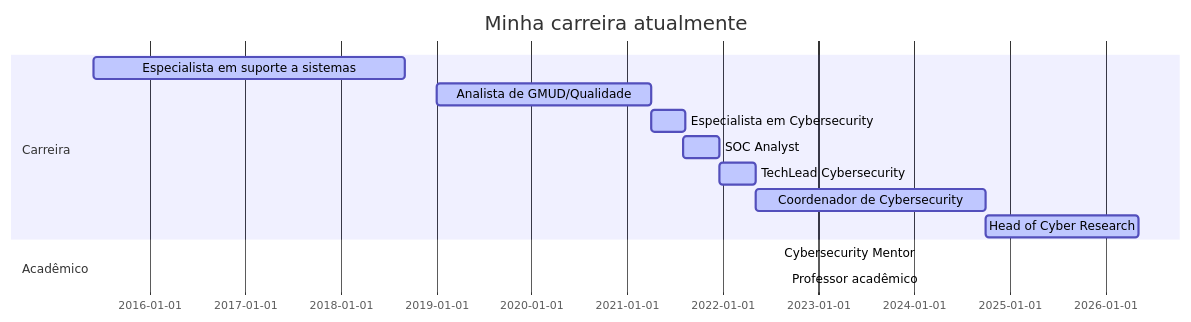
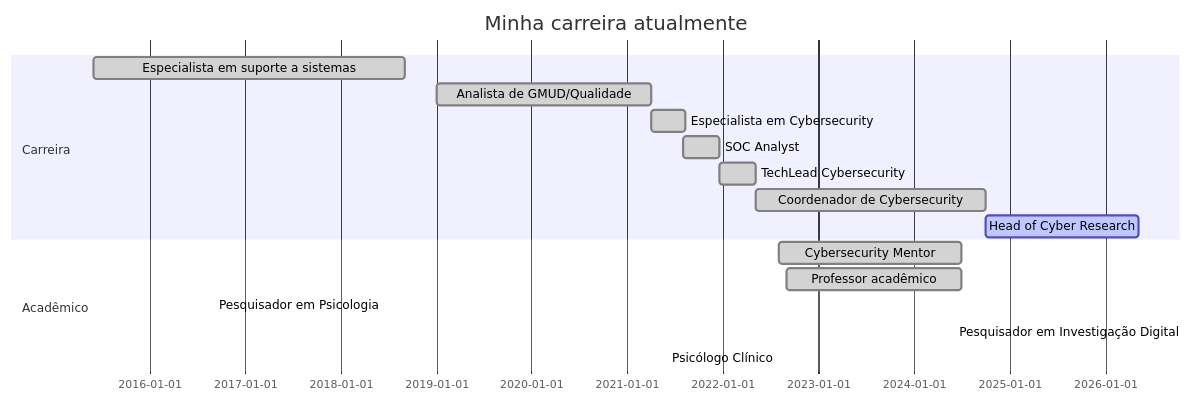
One commit to Ridd1kulusC0d3r/Ridd1kulusC0d3r changed the diagram in README.md. Above: the diagram before and after it, drawn with Mermaid.

````diff
--- a/README.md
+++ b/README.md
@@ -8,19 +8,22 @@
 ```mermaid
 
 gantt
 dateFormat  YYYY-MM-DD
 title Minha carreira atualmente
 
 section Carreira
-Especialista em suporte a sistemas       :active,, 2015-06-01,2018-09-01
-Analista de GMUD/Qualidade          :active,, 2019-01-01,2021-04-01
-Especialista em Cybersecurity         :active,, 2021-04-01,2021-08-10
-SOC Analyst              :active,, 2021-08-01,2021-12-20
-TechLead Cybersecurity             :active,, 2021-12-20,2022-05-08
-Coordenador de Cybersecurity                :active,, 2022-05-08,2024-10-01
-Head of Cyber Research  :active,, 2024-10-01, 2026-05-08
+Especialista em suporte a sistemas       :done,    2015-06-01,2018-09-01
+Analista de GMUD/Qualidade               :done,    2019-01-01,2021-04-01
+Especialista em Cybersecurity            :done,    2021-04-01,2021-08-10
+SOC Analyst                              :done,    2021-08-01,2021-12-20
+TechLead Cybersecurity                   :done,    2021-12-20,2022-05-08
+Coordenador de Cybersecurity             :done,    2022-05-08,2024-10-01
+Head of Cyber Research                   :active,  2024-10-01, 2026-05-08
 
 section Acadêmico
-Cybersecurity Mentor :active,, 2022-08-01,2024-06-31
-Professor acadêmico              :active,, 2022-09-01,2024-06-31
+Cybersecurity Mentor                     :done,    2022-08-01,2024-06-30
+Professor acadêmico                      :done,    2022-09-01,2024-06-30
+Pesquisador em Psicologia                :active,  2016-09-01, 
+Pesquisador em Investigação Digital      :active,  2024-06-01, 
+Psicólogo Clínico                        :active,  2021-06-01, 
 ```
````
